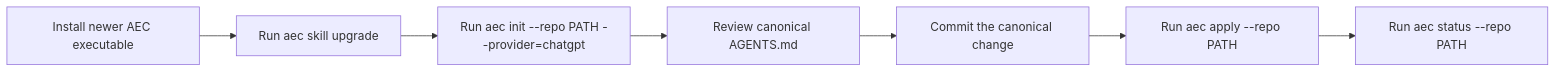
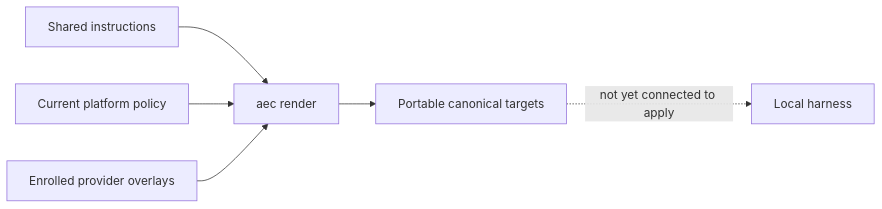
One commit to ferrywlto/ai-env-as-code changed the second of 2 diagrams in README.md. Above: the diagram before and after it, drawn with Mermaid. The commit also changed other lines of this file and 3 other files, not shown here.

Commit message:
Make AEC documentation diagram-first

````diff
--- a/README.md
+++ b/README.md
@@ -508,9 +26,8 @@
 ```mermaid
 flowchart LR
-    Install[Install newer AEC executable] --> Skill[Run aec skill upgrade]
-    Skill --> Migrate[Run aec init --repo PATH --provider=chatgpt]
-    Migrate --> Review[Review canonical AGENTS.md]
-    Review --> Commit[Commit the canonical change]
-    Commit --> Apply[Run aec apply --repo PATH]
-    Apply --> Verify[Run aec status --repo PATH]
+    Shared[Shared instructions] --> Render["aec render"]
+    Platform[Current platform policy] --> Render
+    Provider[Enrolled provider overlays] --> Render
+    Render --> Targets[Portable canonical targets]
+    Targets -.->|not yet connected to apply| Runtime[Local harness]
 ```
````
